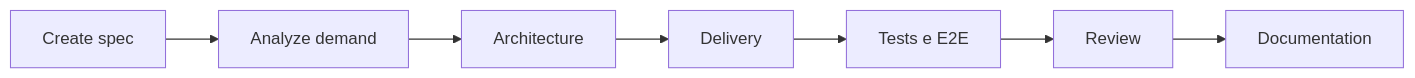
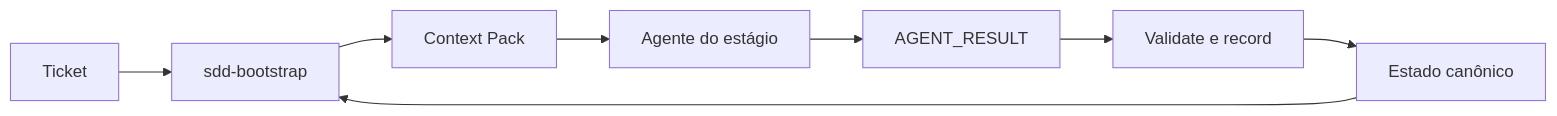
One commit to fellipemauriciosilva/sdd-toolkit changed the first of 4 diagrams in docs/PIPELINE.md. Above: the diagram before and after it, drawn with Mermaid. The commit also changed other lines of this file and 105 other files, not shown here.

Commit message:
feat: add context pack orchestration

````diff
--- a/docs/PIPELINE.md
+++ b/docs/PIPELINE.md
@@ -5,9 +5,10 @@
 ```mermaid
 flowchart LR
-    S[Create spec] --> A[Analyze demand]
-    A --> AR[Architecture]
-    AR --> D[Delivery]
-    D --> T[Tests e E2E]
-    T --> R[Review]
-    R --> DOC[Documentation]
+    U[Ticket] --> B[sdd-bootstrap]
+    B --> P[Context Pack]
+    P --> A[Agente do estágio]
+    A --> R[AGENT_RESULT]
+    R --> V[Validate e record]
+    V --> S[Estado canônico]
+    S --> B
 ```
````
